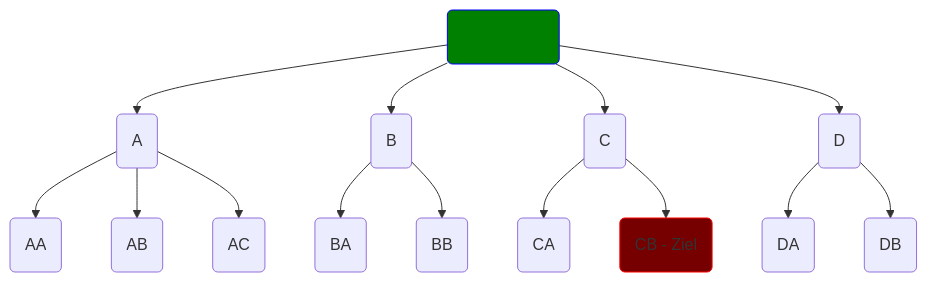
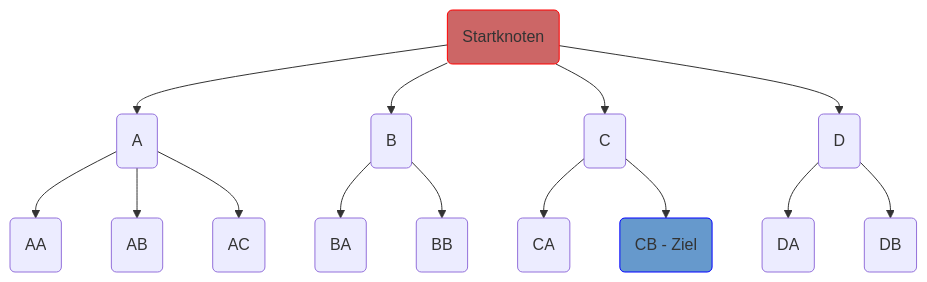
The first of 5 diagrams in docs/solver/ida_star.md (scaui0/scaui0.github.io), drawn with Mermaid before and after one commit. The commit also changed other lines of this file, not shown here.

Commit message:
Add better colors for diagrams.

````diff
--- a/docs/solver/ida_star.md
+++ b/docs/solver/ida_star.md
@@ -35,18 +35,18 @@
 ```mermaid
 graph TD
     Start(Startknoten) --> A(A)
     Start(Startknoten) --> B(B)
     Start(Startknoten) --> C(C)
     Start(Startknoten) --> D(D)
     A --> AA(AA)
     A --> AB(AB)
     A --> AC(AC)
     B --> BA(BA)
     B --> BB(BB)
     C --> CA(CA)
     C --> CB(CB - Ziel)
     D --> DA(DA)
     D --> DB(DB)
-    style CB stroke: red, fill: #760000
-    style Start stroke: blue, fill: green, color: green
+    style Start stroke: red, fill: #CC6666
+    style CB stroke: blue, fill: #6699CC
 ```
````
